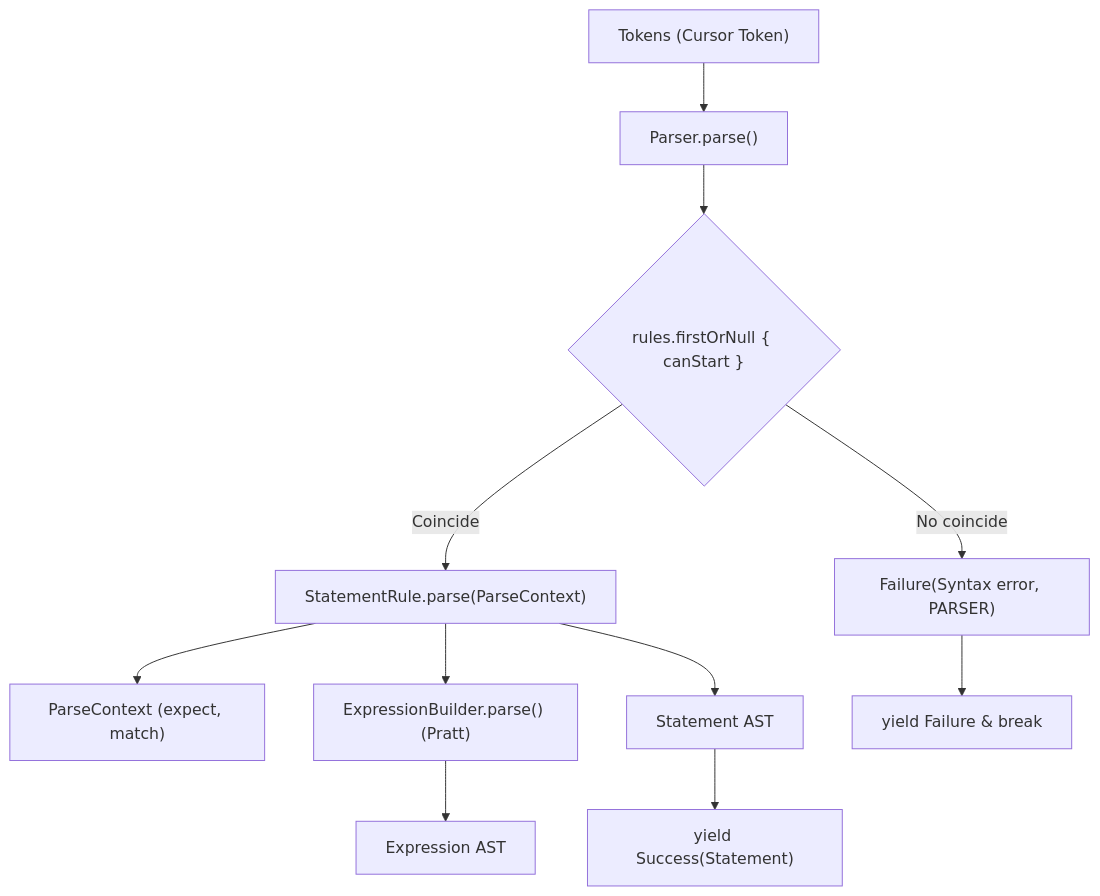
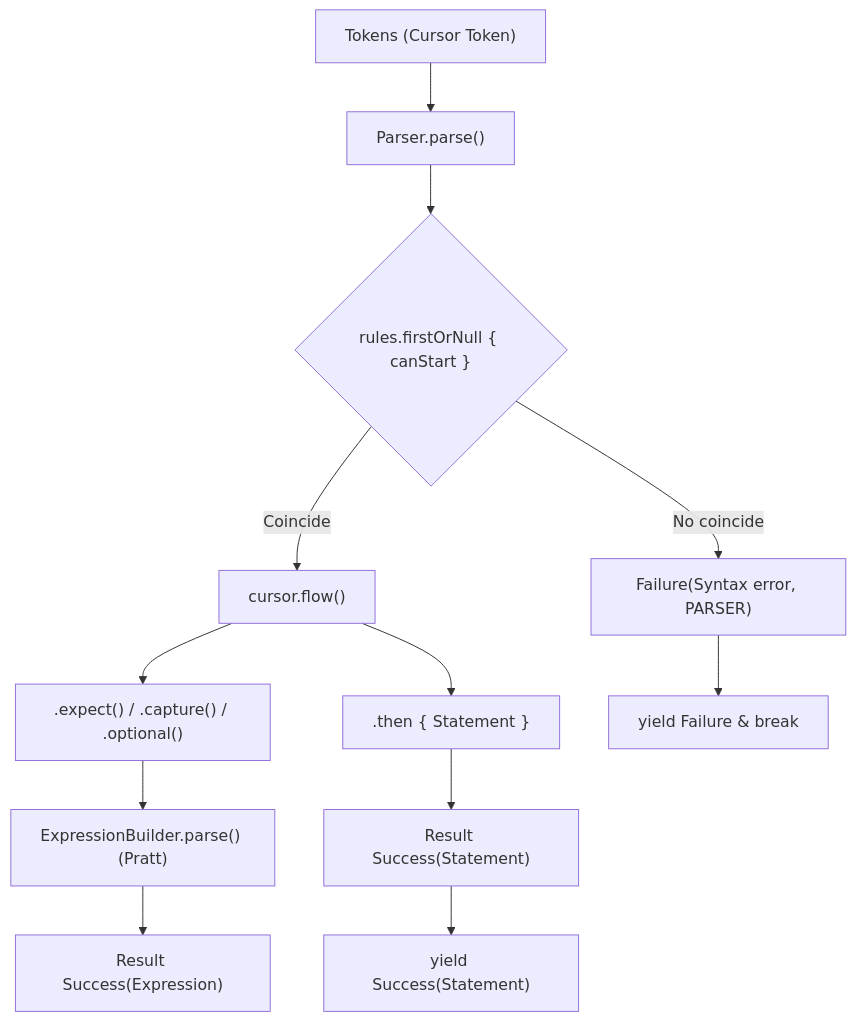
One commit to TP1-2-INGSIS/CNC changed the diagram in parser/README.md. Above: the diagram before and after it, drawn with Mermaid. The commit also changed other lines of this file, not shown here.

Commit message:
docs(parser): update README with ParseFlow, StatementRuleBuilder, and zero-exception Pratt architecture

````diff
--- a/parser/README.md
+++ b/parser/README.md
@@ -26,13 +27,14 @@
 ```mermaid
 flowchart TD
     Toks["Tokens (Cursor Token)"] --> Parser["Parser.parse()"]
     Parser --> MatchRule{"rules.firstOrNull { canStart }"}
-    MatchRule -- Coincide --> Rule["StatementRule.parse(ParseContext)"]
-    Rule --> Primitives["ParseContext (expect, match)"]
-    Rule --> Pratt["ExpressionBuilder.parse() (Pratt)"]
-    Pratt --> Expr["Expression AST"]
-    Rule --> Stmt["Statement AST"]
+    MatchRule -- Coincide --> Flow["cursor.flow()"]
+    Flow --> Primitives[".expect() / .capture() / .optional()"]
+    Primitives --> Pratt["ExpressionBuilder.parse() (Pratt)"]
+    Pratt --> Expr["Result Success(Expression)"]
+    Flow --> Then[".then { Statement }"]
+    Then --> Stmt["Result Success(Statement)"]
     MatchRule -- No coincide --> SynErr["Failure(Syntax error, PARSER)"]
     Stmt --> Res["yield Success(Statement)"]
     SynErr --> YieldFail["yield Failure & break"]
 ```
````
